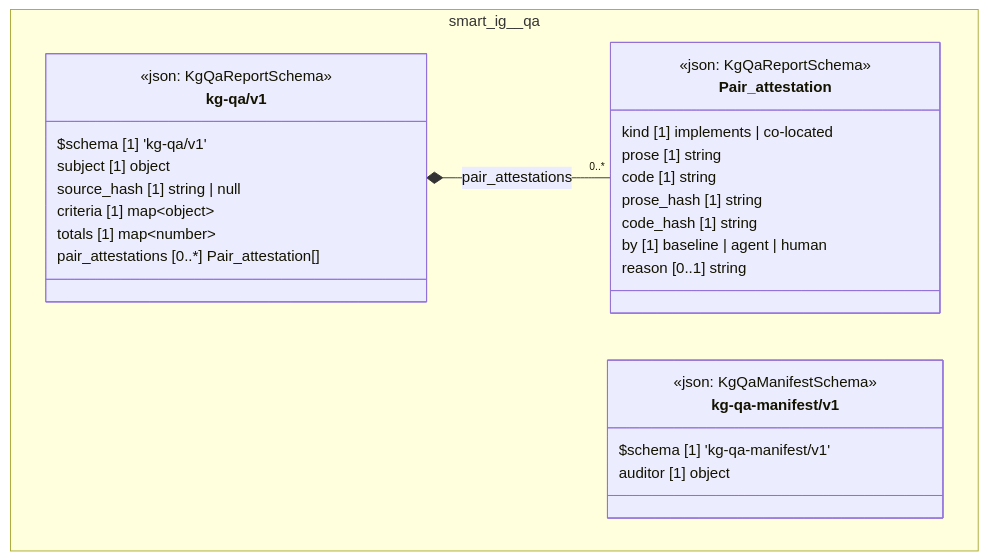
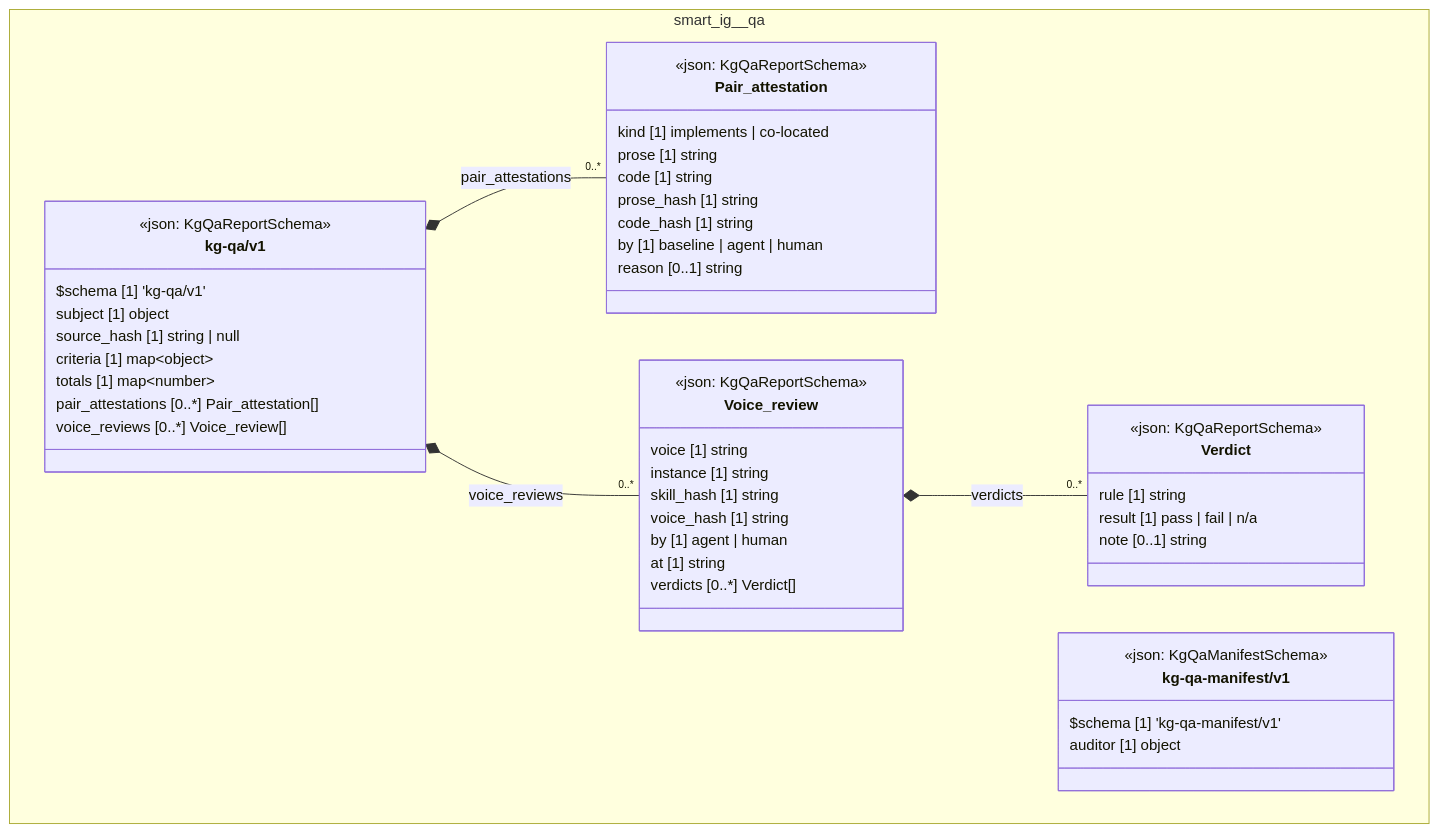
The diagram in cat-harness/docs/uml/overview/smart-ig.md (litlfred/folio-assistant), drawn with Mermaid before and after one commit. The commit also changed 573 other files, not shown here.

First line of the commit message:
rkqp: agentic review axis for skills against the skill voices

````diff
--- a/cat-harness/docs/uml/overview/smart-ig.md
+++ b/cat-harness/docs/uml/overview/smart-ig.md
@@ -42,34 +42,55 @@
 ```mermaid
 classDiagram
   direction TB
   namespace smart_ig__qa {
     class smart_ig_qa_kg_qa_v1_Pair_attestation["Pair_attestation"] {
       <<json: KgQaReportSchema>>
       kind [1] implements | co-located
       prose [1] string
       code [1] string
       prose_hash [1] string
       code_hash [1] string
       by [1] baseline | agent | human
       reason [0..1] string
     }
+    class smart_ig_qa_kg_qa_v1_Verdict["Verdict"] {
+      <<json: KgQaReportSchema>>
+      rule [1] string
+      result [1] pass | fail | n/a
+      note [0..1] string
+    }
+    class smart_ig_qa_kg_qa_v1_Voice_review["Voice_review"] {
+      <<json: KgQaReportSchema>>
+      voice [1] string
+      instance [1] string
+      skill_hash [1] string
+      voice_hash [1] string
+      by [1] agent | human
+      at [1] string
+      verdicts [0..*] Verdict[]
+    }
     class smart_ig_qa_kg_qa_v1_kg_qa_v1["kg-qa/v1"] {
       <<json: KgQaReportSchema>>
       $schema [1] 'kg-qa/v1'
       subject [1] object
       source_hash [1] string | null
       criteria [1] map~object~
       totals [1] map~number~
       pair_attestations [0..*] Pair_attestation[]
+      voice_reviews [0..*] Voice_review[]
     }
     class smart_ig_qa_kg_qa_manifest_v1_kg_qa_manifest_v1["kg-qa-manifest/v1"] {
       <<json: KgQaManifestSchema>>
       $schema [1] 'kg-qa-manifest/v1'
       auditor [1] object
     }
   }
   smart_ig_qa_kg_qa_v1_kg_qa_v1 *-- "0..*" smart_ig_qa_kg_qa_v1_Pair_attestation : pair_attestations
+  smart_ig_qa_kg_qa_v1_Voice_review *-- "0..*" smart_ig_qa_kg_qa_v1_Verdict : verdicts
+  smart_ig_qa_kg_qa_v1_kg_qa_v1 *-- "0..*" smart_ig_qa_kg_qa_v1_Voice_review : voice_reviews
   cssClass "smart_ig_qa_kg_qa_v1_Pair_attestation" fa_uml_kind_qa
+  cssClass "smart_ig_qa_kg_qa_v1_Verdict" fa_uml_kind_qa
+  cssClass "smart_ig_qa_kg_qa_v1_Voice_review" fa_uml_kind_qa
   cssClass "smart_ig_qa_kg_qa_v1_kg_qa_v1" fa_uml_kind_qa
   cssClass "smart_ig_qa_kg_qa_manifest_v1_kg_qa_manifest_v1" fa_uml_kind_qa
 ```
````
